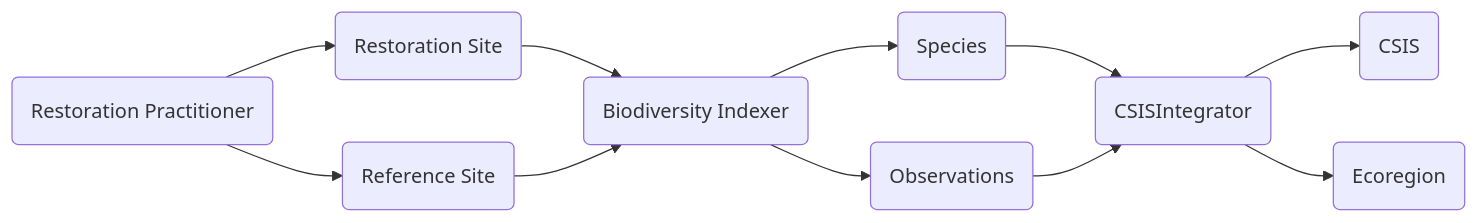
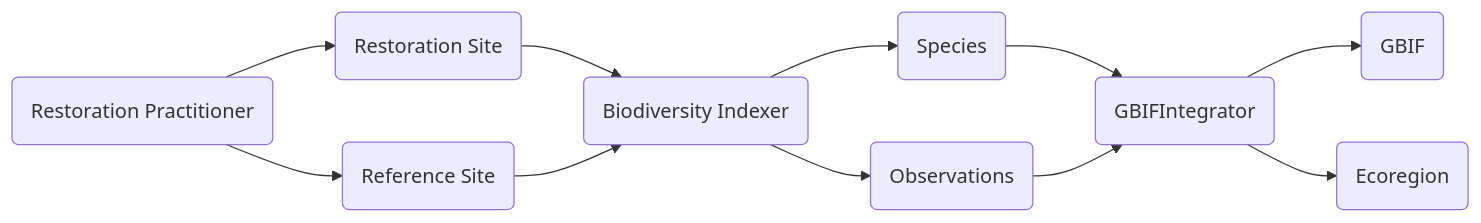
Before and after one commit to maulikdave-fh/impact: the first of 2 diagrams in README.md, drawn with Mermaid. The commit also changed other lines of this file, not shown here.

Commit message:
replace CSIS with GBIF

````diff
--- a/README.md
+++ b/README.md
@@ -10,17 +10,17 @@
 ```mermaid
     flowchart LR
         RP(Restoration Practitioner)
         BDI(Biodiversity Indexer)
         Species(Species)
         Observations(Observations)
-        CSISI(CSISIntegrator)
-        CSIS(CSIS)
+        GBIFI(GBIFIntegrator)
+        GBIF(GBIF)
         Ecoregion(Ecoregion)
         RS(Restoration Site)
         RFS(Reference Site)
         
         RP --> RS & RFS --> BDI
         BDI --> Species & Observations
-        Species & Observations --> CSISI --> CSIS
-        CSISI --> Ecoregion            
+        Species & Observations --> GBIFI --> GBIF
+        GBIFI --> Ecoregion            
 ```
````
